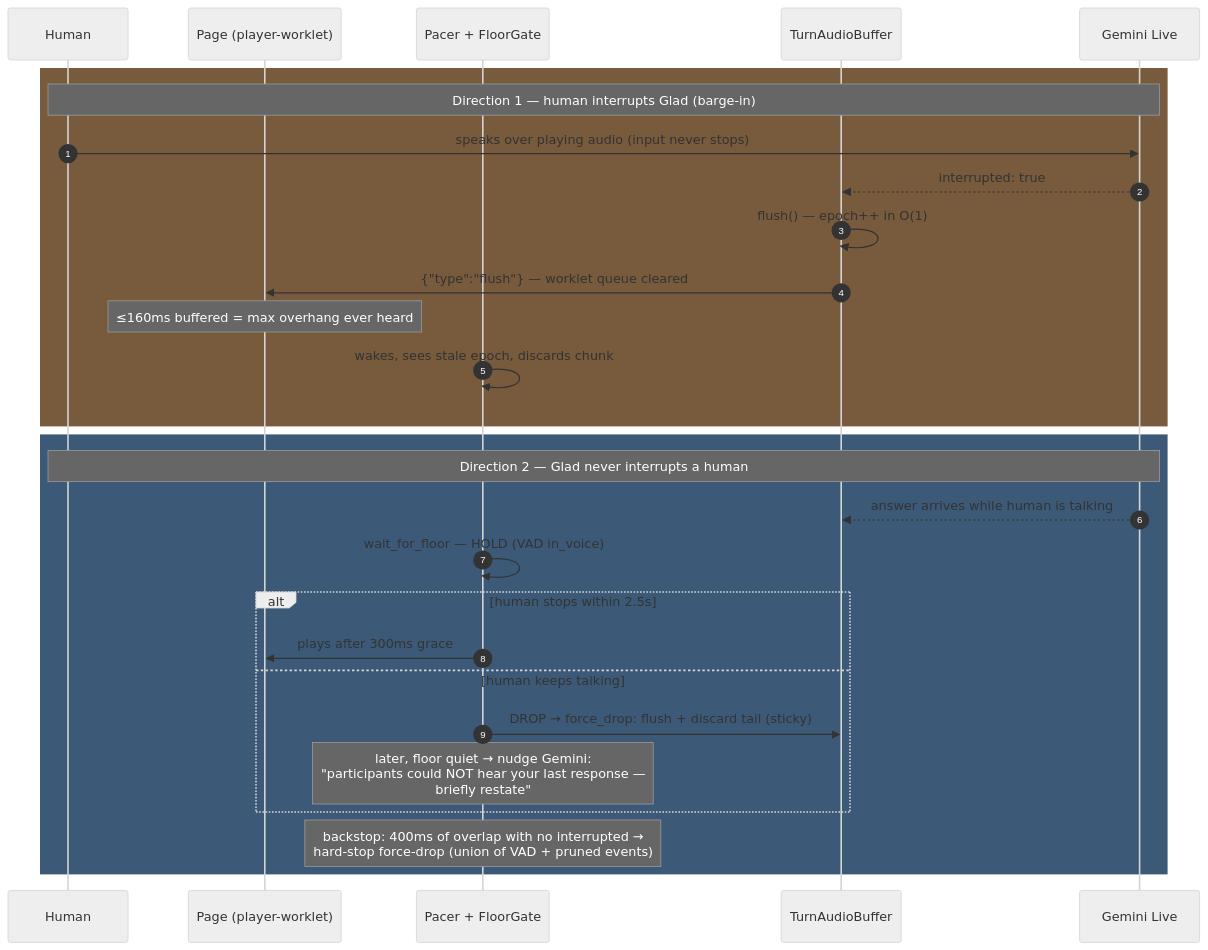
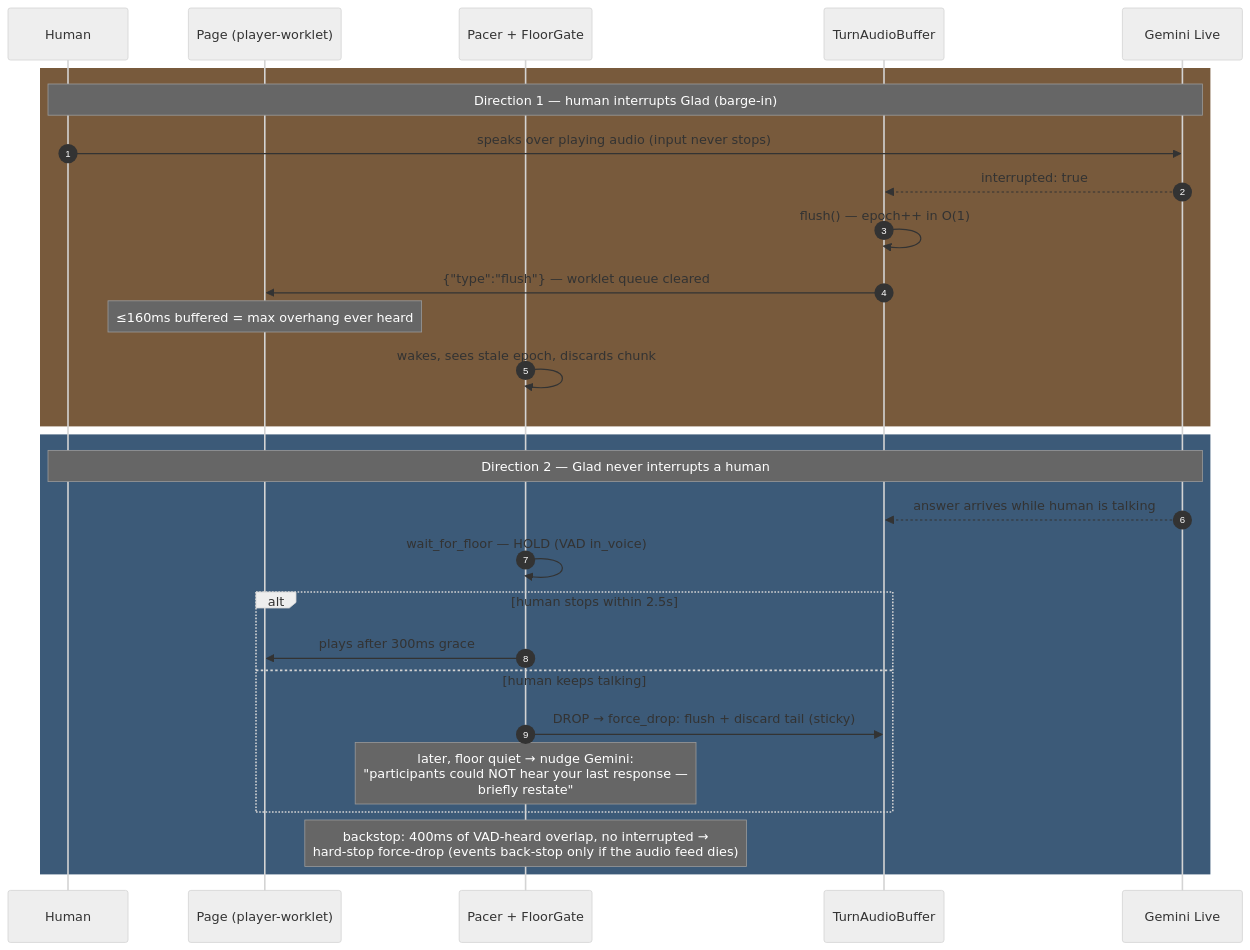
The fourth of 4 diagrams in docs/gladiator-architecture.md (ashok2605/realtime-meeting-agent), drawn with Mermaid (neutral theme) before and after one commit. The commit also changed 4 other files, not shown here.

First line of the commit message:
Hard-stop: live VAD is final; speech events back-stop only when VAD is stale

````diff
--- a/docs/gladiator-architecture.md
+++ b/docs/gladiator-architecture.md
@@ -159,32 +159,32 @@
 ```mermaid
 sequenceDiagram
     autonumber
     participant U as Human
     participant P as Page (player-worklet)
     participant PC as Pacer + FloorGate
     participant B as TurnAudioBuffer
     participant G as Gemini Live
 
     rect rgb(120, 90, 60)
     Note over U,G: Direction 1 — human interrupts Glad (barge-in)
     U->>G: speaks over playing audio (input never stops)
     G-->>B: interrupted: true
     B->>B: flush() — epoch++ in O(1)
     B->>P: {"type":"flush"} — worklet queue cleared
     Note over P: ≤160ms buffered = max overhang ever heard
     PC->>PC: wakes, sees stale epoch, discards chunk
     end
 
     rect rgb(60, 90, 120)
     Note over U,G: Direction 2 — Glad never interrupts a human
     G-->>B: answer arrives while human is talking
     PC->>PC: wait_for_floor — HOLD (VAD in_voice)
     alt human stops within 2.5s
         PC->>P: plays after 300ms grace
     else human keeps talking
         PC->>B: DROP → force_drop: flush + discard tail (sticky)
         Note over PC: later, floor quiet → nudge Gemini:<br/>"participants could NOT hear your last response —<br/>briefly restate"
     end
-    Note over PC: backstop: 400ms of overlap with no interrupted →<br/>hard-stop force-drop (union of VAD + pruned events)
+    Note over PC: backstop: 400ms of VAD-heard overlap, no interrupted →<br/>hard-stop force-drop (events back-stop only if the audio feed dies)
     end
 ```
````
